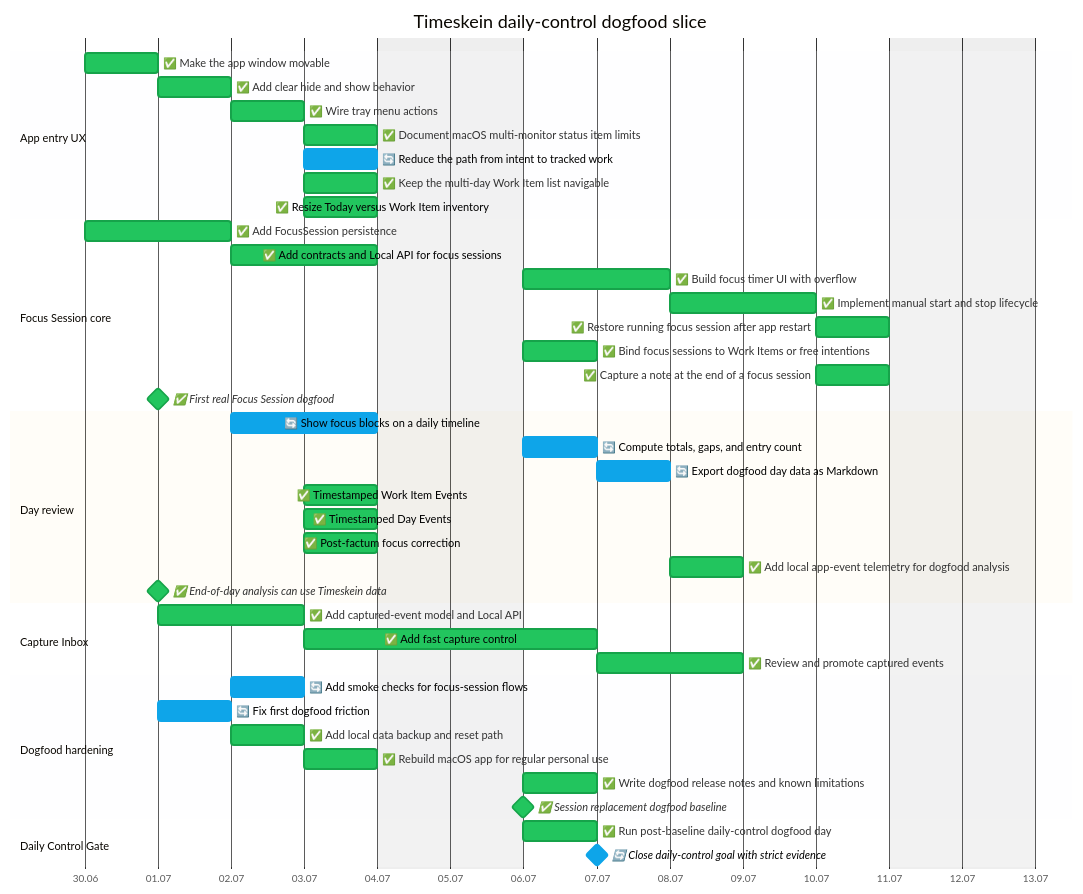
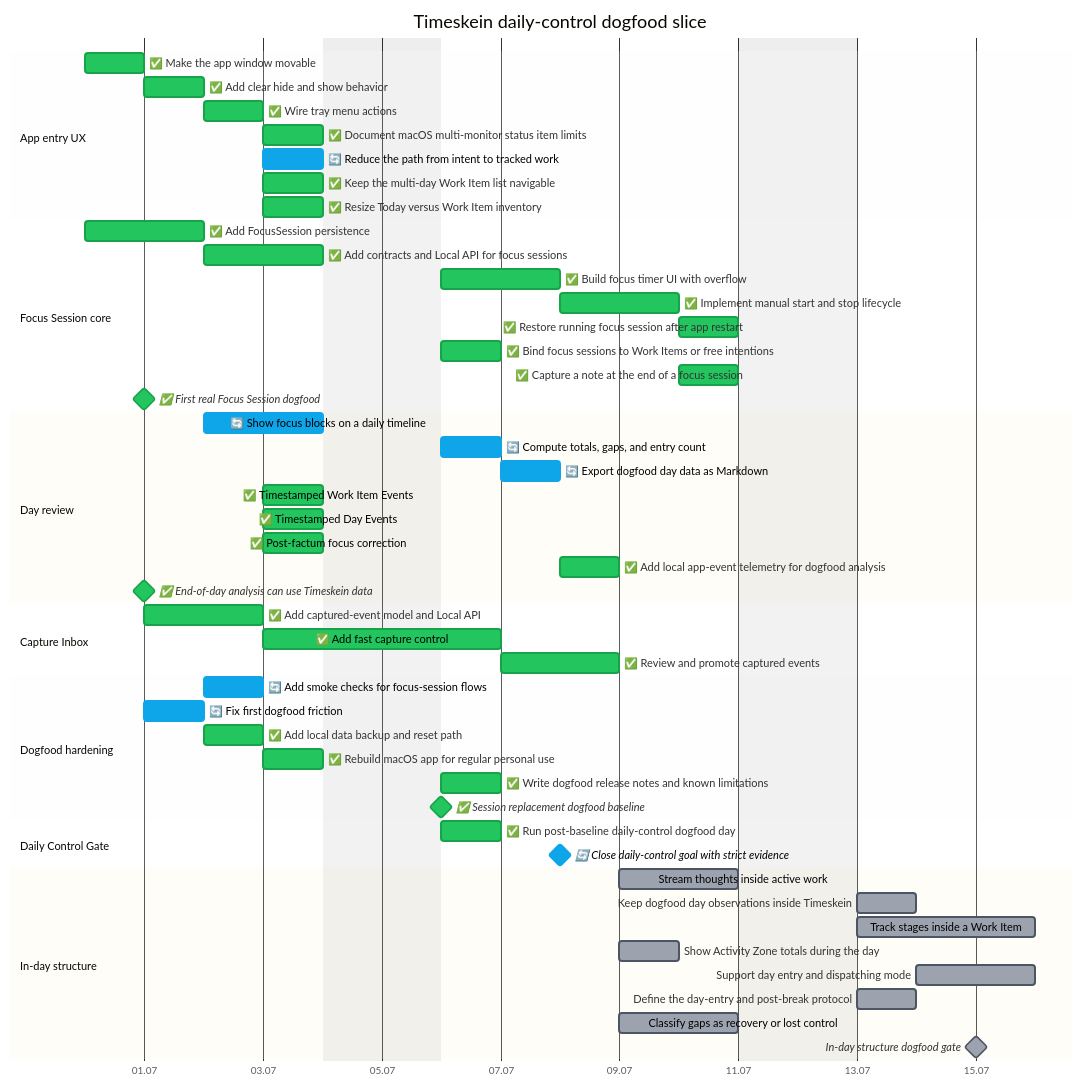
The second of 2 diagrams in docs/roadmap/opskarta.md (asukhodko/timeskein), drawn with Mermaid before and after one commit. The commit also changed other lines of this file and 42 other files, not shown here.

Commit message:
Improve day closure dogfood flow

````diff
--- a/docs/roadmap/opskarta.md
+++ b/docs/roadmap/opskarta.md
@@ -98,50 +120,59 @@
 ```mermaid
 %%{init: {"theme": "base", "themeVariables": {"taskBkgColor": "#9ca3af", "taskBorderColor": "#4b5563", "taskTextColor": "#000000", "taskTextDarkColor": "#000000", "taskTextLightColor": "#000000", "activeTaskBkgColor": "#0ea5e9", "activeTaskBorderColor": "#0ea5e9", "doneTaskBkgColor": "#22c55e", "doneTaskBorderColor": "#16a34a", "critBkgColor": "#fecaca", "critBorderColor": "#fecaca", "todayLineColor": "#ef4444"}} }%%
 
 gantt
     title Timeskein daily-control dogfood slice
     dateFormat YYYY-MM-DD
     axisFormat %d.%m
     excludes weekends
 
     section App entry UX
     ✅ Make the app window movable  :done, ts_ux_entry_window_drag,    2026-06-30, 1d
     ✅ Add clear hide and show behavior  :done, ts_ux_entry_hide_toggle,    2026-07-01, 1d
     ✅ Wire tray menu actions  :done, ts_ux_entry_tray_actions,    2026-07-02, 1d
     ✅ Document macOS multi-monitor status item limits  :done, ts_ux_entry_monitor_policy,    2026-07-03, 1d
     🔄 Reduce the path from intent to tracked work  :active, ts_ux_entry_fast_track_flow,    2026-07-03, 1d
     ✅ Keep the multi-day Work Item list navigable  :done, ts_ux_entry_inventory_modes,    2026-07-03, 1d
     ✅ Resize Today versus Work Item inventory  :done, ts_ux_entry_resizable_today_split,    2026-07-03, 1d
     section Focus Session core
     ✅ Add FocusSession persistence  :done, ts_focus_core_model_migrations,    2026-06-30, 2d
     ✅ Add contracts and Local API for focus sessions  :done, ts_focus_core_contracts_api,    2026-07-02, 2d
     ✅ Build focus timer UI with overflow  :done, ts_focus_core_timer_ui,    2026-07-06, 2d
     ✅ Implement manual start and stop lifecycle  :done, ts_focus_core_session_lifecycle,    2026-07-08, 2d
     ✅ Restore running focus session after app restart  :done, ts_focus_core_restart_restore,    2026-07-10, 1d
     ✅ Bind focus sessions to Work Items or free intentions  :done, ts_focus_core_work_item_binding,    2026-07-06, 1d
     ✅ Capture a note at the end of a focus session  :done, ts_focus_core_session_notes,    2026-07-10, 1d
     ✅ First real Focus Session dogfood  :milestone, done, ts_focus_core_dogfood_gate,    2026-07-01, 0d
     section Day review
     🔄 Show focus blocks on a daily timeline  :active, ts_day_review_timeline,    2026-07-02, 2d
     🔄 Compute totals, gaps, and entry count  :active, ts_day_review_totals_gaps,    2026-07-06, 1d
     🔄 Export dogfood day data as Markdown  :active, ts_day_review_export,    2026-07-07, 1d
     ✅ Timestamped Work Item Events  :done, ts_day_review_work_item_events,    2026-07-03, 1d
     ✅ Timestamped Day Events  :done, ts_day_review_day_events,    2026-07-03, 1d
     ✅ Post-factum focus correction  :done, ts_day_review_corrections,    2026-07-03, 1d
     ✅ Add local app-event telemetry for dogfood analysis  :done, ts_day_review_app_telemetry,    2026-07-08, 1d
     ✅ End-of-day analysis can use Timeskein data  :milestone, done, ts_day_review_analysis_gate,    2026-07-01, 0d
     section Capture Inbox
     ✅ Add captured-event model and Local API  :done, ts_capture_model_api,    2026-07-01, 2d
     ✅ Add fast capture control  :done, ts_capture_quick_ui,    2026-07-03, 2d
     ✅ Review and promote captured events  :done, ts_capture_review_flow,    2026-07-07, 2d
     section Dogfood hardening
     🔄 Add smoke checks for focus-session flows  :active, ts_hardening_smoke,    2026-07-02, 1d
     🔄 Fix first dogfood friction  :active, ts_hardening_post_dogfood_friction,    2026-07-01, 1d
     ✅ Add local data backup and reset path  :done, ts_hardening_backup_reset,    2026-07-02, 1d
     ✅ Rebuild macOS app for regular personal use  :done, ts_hardening_package_app,    2026-07-03, 1d
     ✅ Write dogfood release notes and known limitations  :done, ts_hardening_release_notes,    2026-07-06, 1d
     ✅ Session replacement dogfood baseline  :milestone, done, ts_hardening_dogfood_release,    2026-07-06, 0d
     section Daily Control Gate
     ✅ Run post-baseline daily-control dogfood day  :done, ts_daily_control_real_day,    2026-07-06, 1d
-    🔄 Close daily-control goal with strict evidence  :milestone, active, ts_daily_control_goal_check,    2026-07-07, 0d
+    🔄 Close daily-control goal with strict evidence  :milestone, active, ts_daily_control_goal_check,    2026-07-08, 0d
+    section In-day structure
+    Stream thoughts inside active work  :ts_in_day_structure_active_work_journal,    2026-07-09, 2d
+    Keep dogfood day observations inside Timeskein  :ts_in_day_structure_day_observation_log,    2026-07-13, 1d
+    Track stages inside a Work Item  :ts_in_day_structure_work_item_stages,    2026-07-13, 3d
+    Show Activity Zone totals during the day  :ts_in_day_structure_zone_dashboard,    2026-07-09, 1d
+    Support day entry and dispatching mode  :ts_in_day_structure_dispatch_mode,    2026-07-14, 2d
+    Define the day-entry and post-break protocol  :ts_in_day_structure_entry_protocol,    2026-07-13, 1d
+    Classify gaps as recovery or lost control  :ts_in_day_structure_gap_recovery_classification,    2026-07-09, 2d
+    In-day structure dogfood gate  :milestone, ts_in_day_structure_dogfood_gate,    2026-07-15, 0d
 ```
````
